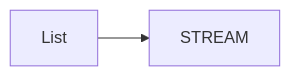
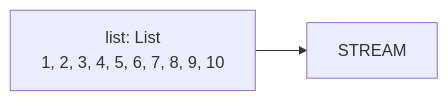
Before and after one commit to kekaiyuan/resource: the diagram in _posts/java/javase/2021-06-10-14-stream-api.md, drawn with Mermaid.

Commit message:
修改文件: _posts/java/javase/2021-06-10-14-stream-api.md

````diff
--- a/_posts/java/javase/2021-06-10-14-stream-api.md
+++ b/_posts/java/javase/2021-06-10-14-stream-api.md
@@ -65,4 +65,4 @@
 ```mermaid
 graph LR
-A[List]-->B[STREAM]
+A[list: List<br>1, 2, 3, 4, 5, 6, 7, 8, 9, 10]-->B[STREAM]
 ```
````
